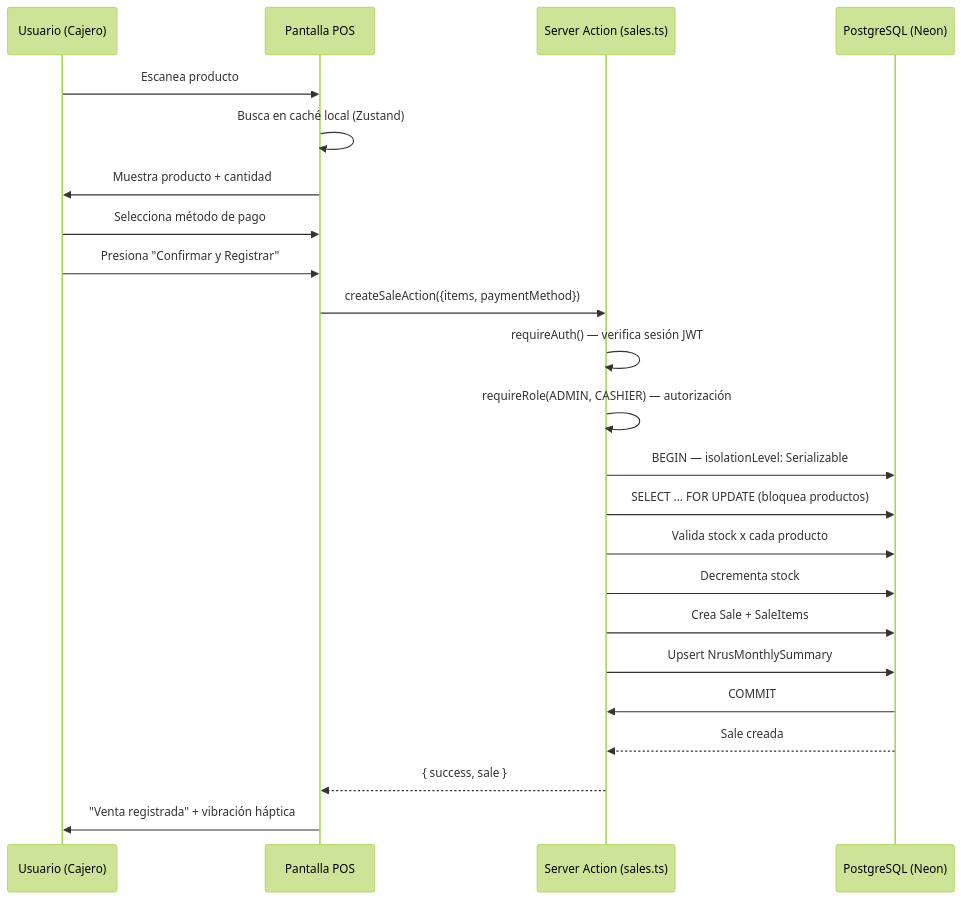
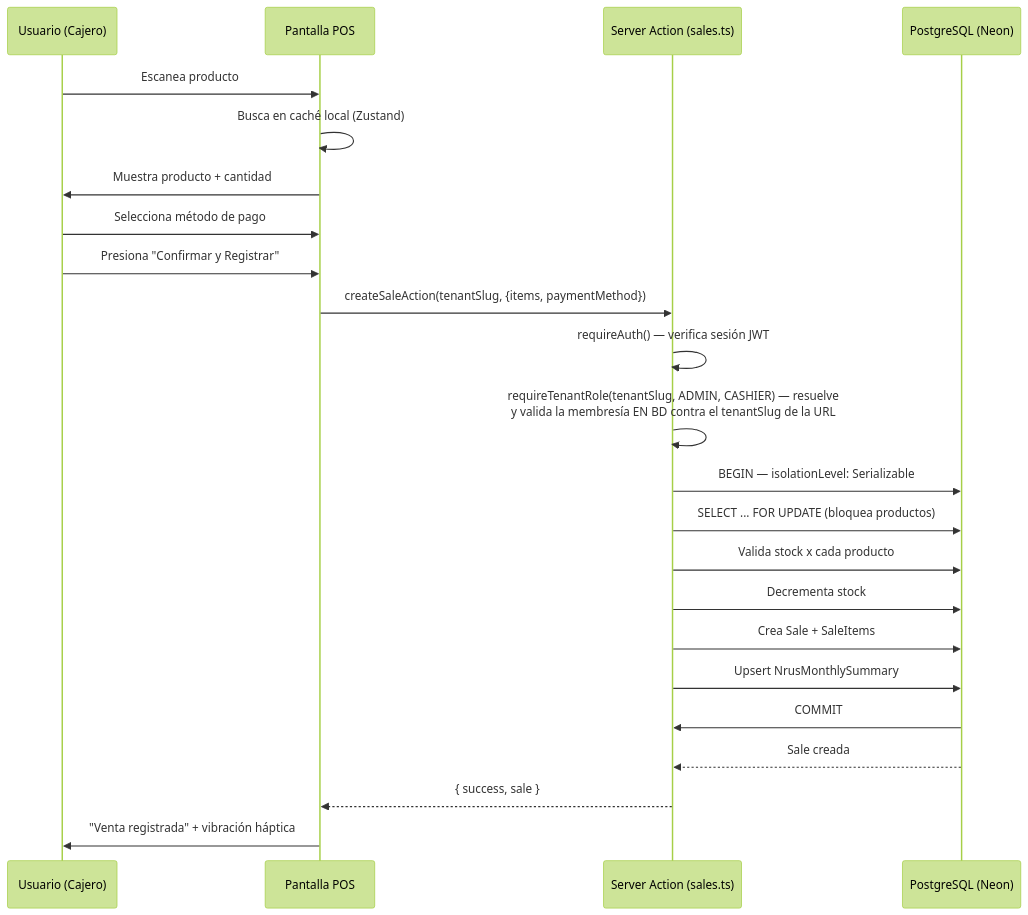
The second of 2 diagrams in docs/03-architecture.md (pcrisho/caja-rus), drawn with Mermaid (forest theme) before and after one commit. The commit also changed other lines of this file and 30 other files, not shown here.

First line of the commit message:
feat: implementar arquitectura multitenant con Tenant, TenantMember y SaleReturn

````diff
--- a/docs/03-architecture.md
+++ b/docs/03-architecture.md
@@ -113,29 +120,29 @@
 ```mermaid
 sequenceDiagram
     participant U as Usuario (Cajero)
     participant P as Pantalla POS
     participant SA as Server Action (sales.ts)
     participant DB as PostgreSQL (Neon)
 
     U->>P: Escanea producto
     P->>P: Busca en caché local (Zustand)
     P->>U: Muestra producto + cantidad
 
     U->>P: Selecciona método de pago
     U->>P: Presiona "Confirmar y Registrar"
-    P->>SA: createSaleAction({items, paymentMethod})
+    P->>SA: createSaleAction(tenantSlug, {items, paymentMethod})
 
     SA->>SA: requireAuth() — verifica sesión JWT
-    SA->>SA: requireRole(ADMIN, CASHIER) — autorización
+    SA->>SA: requireTenantRole(tenantSlug, ADMIN, CASHIER) — resuelve<br/>y valida la membresía EN BD contra el tenantSlug de la URL
     SA->>DB: BEGIN — isolationLevel: Serializable
     SA->>DB: SELECT ... FOR UPDATE (bloquea productos)
     SA->>DB: Valida stock x cada producto
     SA->>DB: Decrementa stock
     SA->>DB: Crea Sale + SaleItems
     SA->>DB: Upsert NrusMonthlySummary
     DB->>SA: COMMIT
 
     DB-->>SA: Sale creada
     SA-->>P: { success, sale }
     P->>U: "Venta registrada" + vibración háptica
 ```
````
